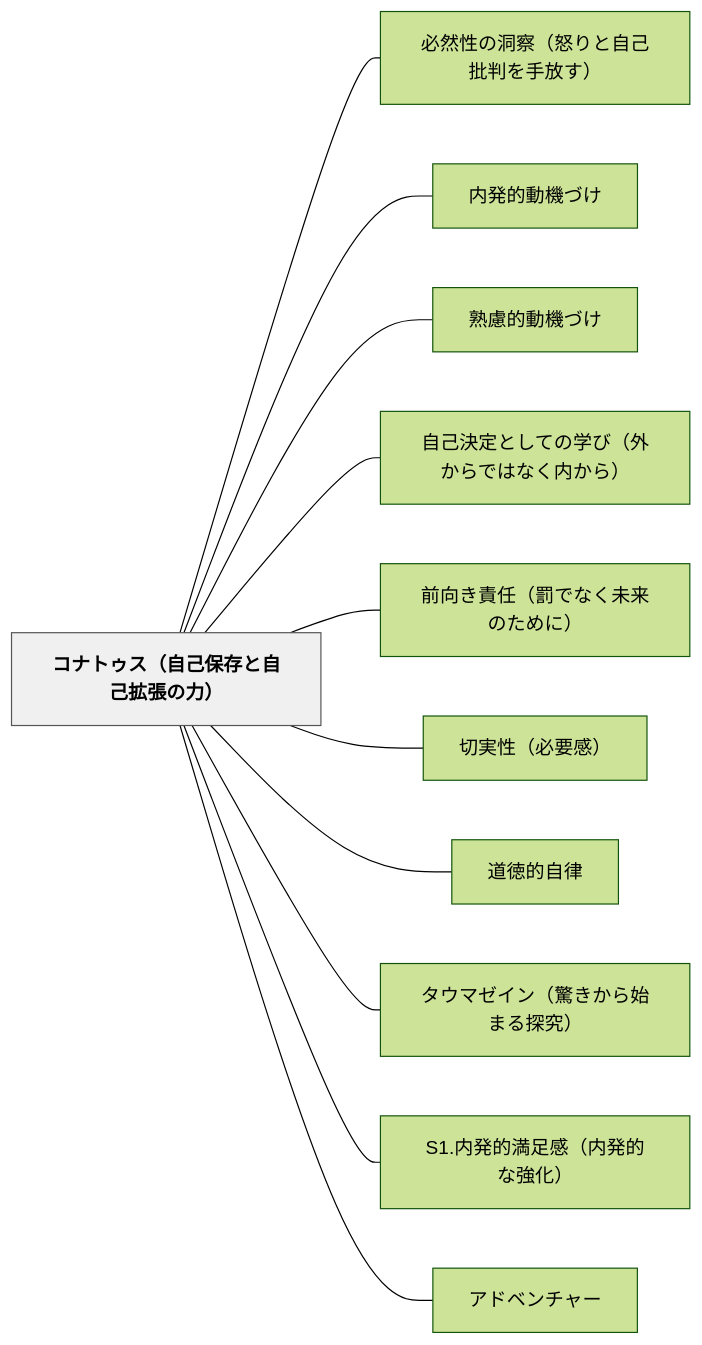
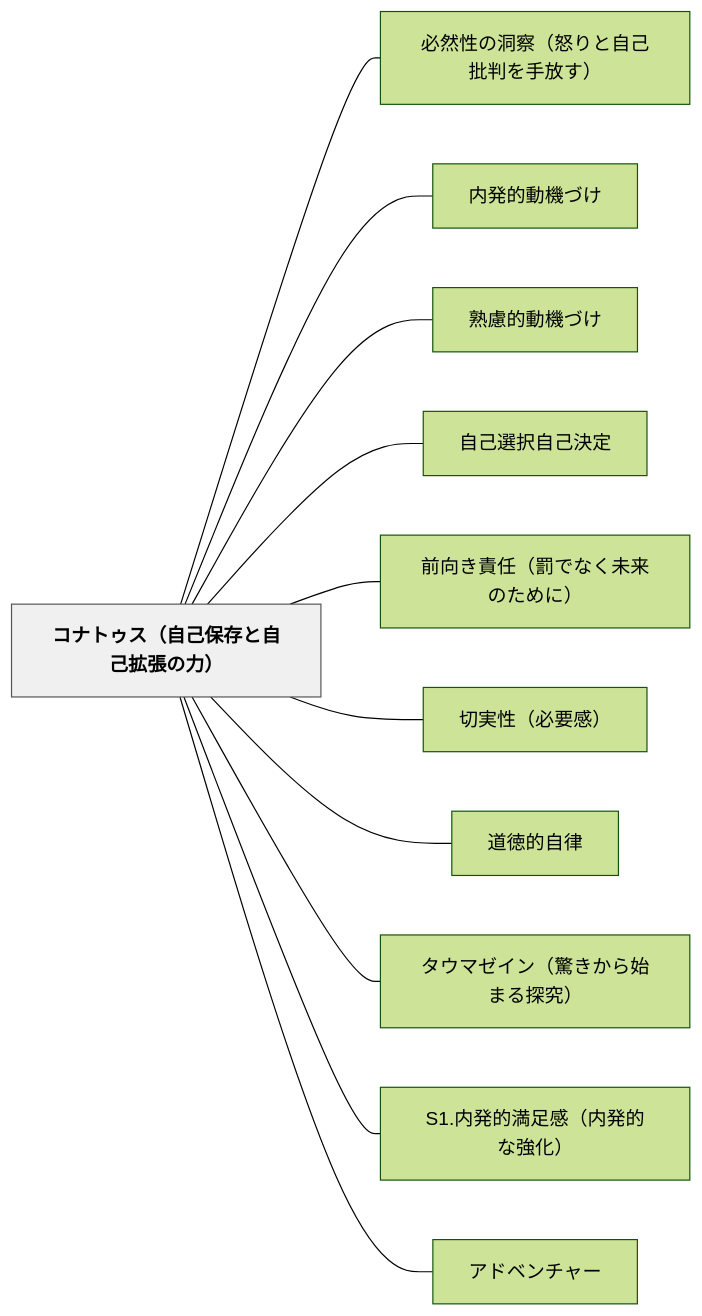
Before and after one commit to unknownthings-ed-patterns/unknownthings-ed-patterns: the diagram in content/パタン/コナトゥス（自己保存と自己拡張の力）.md, drawn with Mermaid (forest theme). The commit also changed other lines of this file and 2 other files, not shown here.

Commit message:
auto: Obsidianから同期 2026-06-13 16:28

````diff
--- a/content/パタン/コナトゥス（自己保存と自己拡張の力）.md
+++ b/content/パタン/コナトゥス（自己保存と自己拡張の力）.md
@@ -125,28 +125,28 @@
 ```mermaid
 flowchart LR
     ne382b3e3838ae38388e382a5e382b9efbc88e887aae5b7b1e4bf9de5ad98e381a8e887aae5b7b1e68ba1e5bcb5e381aee58a9befbc89["コナトゥス（自己保存と自己拡張の力）"]
     ne5bf85e784b6e680a7e381aee6b49ee5af9fefbc88e68092e3828ae381a8e887aae5b7b1e689b9e588a4e38292e6898be694bee38199efbc89["必然性の洞察（怒りと自己批判を手放す）"]
     ne58685e799bae79a84e58b95e6a99fe381a5e38191["内発的動機づけ"]
     ne7869fe685aee79a84e58b95e6a99fe381a5e38191["熟慮的動機づけ"]
-    ne887aae5b7b1e6b1bae5ae9ae381a8e38197e381a6e381aee5ada6e381b3efbc88e5a496e3818be38289e381a7e381afe381aae3818fe58685e3818be38289efbc89["自己決定としての学び（外からではなく内から）"]
+    ne887aae5b7b1e981b8e68a9ee887aae5b7b1e6b1bae5ae9a["自己選択自己決定"]
     ne5898de59091e3818de8b2ace4bbbbefbc88e7bdb0e381a7e381aae3818fe69caae69da5e381aee3819fe38281e381abefbc89["前向き責任（罰でなく未来のために）"]
     ne58887e5ae9fe680a7efbc88e5bf85e8a681e6849fefbc89["切実性（必要感）"]
     ne98193e5beb3e79a84e887aae5be8b["道徳的自律"]
     ne382bfe382a6e3839ee382bce382a4e383b3efbc88e9a99ae3818de3818be38289e5a78be381bee3828be68ea2e7a9b6efbc89["タウマゼイン（驚きから始まる探究）"]
     n53312ee58685e799bae79a84e6ba80e8b6b3e6849fefbc88e58685e799bae79a84e381aae5bcb7e58c96efbc89["S1.内発的満足感（内発的な強化）"]
     ne382a2e38389e38399e383b3e38381e383a3e383bc["アドベンチャー"]
 
     ne382b3e3838ae38388e382a5e382b9efbc88e887aae5b7b1e4bf9de5ad98e381a8e887aae5b7b1e68ba1e5bcb5e381aee58a9befbc89 --- ne5bf85e784b6e680a7e381aee6b49ee5af9fefbc88e68092e3828ae381a8e887aae5b7b1e689b9e588a4e38292e6898be694bee38199efbc89
     ne382b3e3838ae38388e382a5e382b9efbc88e887aae5b7b1e4bf9de5ad98e381a8e887aae5b7b1e68ba1e5bcb5e381aee58a9befbc89 --- ne58685e799bae79a84e58b95e6a99fe381a5e38191
     ne382b3e3838ae38388e382a5e382b9efbc88e887aae5b7b1e4bf9de5ad98e381a8e887aae5b7b1e68ba1e5bcb5e381aee58a9befbc89 --- ne7869fe685aee79a84e58b95e6a99fe381a5e38191
-    ne382b3e3838ae38388e382a5e382b9efbc88e887aae5b7b1e4bf9de5ad98e381a8e887aae5b7b1e68ba1e5bcb5e381aee58a9befbc89 --- ne887aae5b7b1e6b1bae5ae9ae381a8e38197e381a6e381aee5ada6e381b3efbc88e5a496e3818be38289e381a7e381afe381aae3818fe58685e3818be38289efbc89
+    ne382b3e3838ae38388e382a5e382b9efbc88e887aae5b7b1e4bf9de5ad98e381a8e887aae5b7b1e68ba1e5bcb5e381aee58a9befbc89 --- ne887aae5b7b1e981b8e68a9ee887aae5b7b1e6b1bae5ae9a
     ne382b3e3838ae38388e382a5e382b9efbc88e887aae5b7b1e4bf9de5ad98e381a8e887aae5b7b1e68ba1e5bcb5e381aee58a9befbc89 --- ne5898de59091e3818de8b2ace4bbbbefbc88e7bdb0e381a7e381aae3818fe69caae69da5e381aee3819fe38281e381abefbc89
     ne382b3e3838ae38388e382a5e382b9efbc88e887aae5b7b1e4bf9de5ad98e381a8e887aae5b7b1e68ba1e5bcb5e381aee58a9befbc89 --- ne58887e5ae9fe680a7efbc88e5bf85e8a681e6849fefbc89
     ne382b3e3838ae38388e382a5e382b9efbc88e887aae5b7b1e4bf9de5ad98e381a8e887aae5b7b1e68ba1e5bcb5e381aee58a9befbc89 --- ne98193e5beb3e79a84e887aae5be8b
     ne382b3e3838ae38388e382a5e382b9efbc88e887aae5b7b1e4bf9de5ad98e381a8e887aae5b7b1e68ba1e5bcb5e381aee58a9befbc89 --- ne382bfe382a6e3839ee382bce382a4e383b3efbc88e9a99ae3818de3818be38289e5a78be381bee3828be68ea2e7a9b6efbc89
     ne382b3e3838ae38388e382a5e382b9efbc88e887aae5b7b1e4bf9de5ad98e381a8e887aae5b7b1e68ba1e5bcb5e381aee58a9befbc89 --- n53312ee58685e799bae79a84e6ba80e8b6b3e6849fefbc88e58685e799bae79a84e381aae5bcb7e58c96efbc89
     ne382b3e3838ae38388e382a5e382b9efbc88e887aae5b7b1e4bf9de5ad98e381a8e887aae5b7b1e68ba1e5bcb5e381aee58a9befbc89 --- ne382a2e38389e38399e383b3e38381e383a3e383bc
 
     classDef hub fill:#f0f0f0,stroke:#555,color:#000,font-weight:bold
     class ne382b3e3838ae38388e382a5e382b9efbc88e887aae5b7b1e4bf9de5ad98e381a8e887aae5b7b1e68ba1e5bcb5e381aee58a9befbc89 hub
 ```
````
